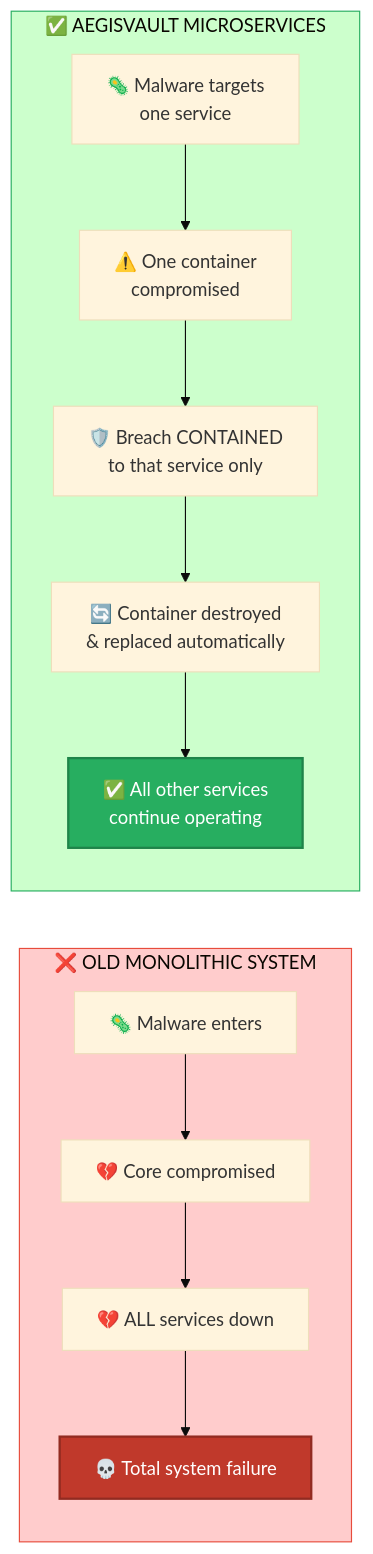
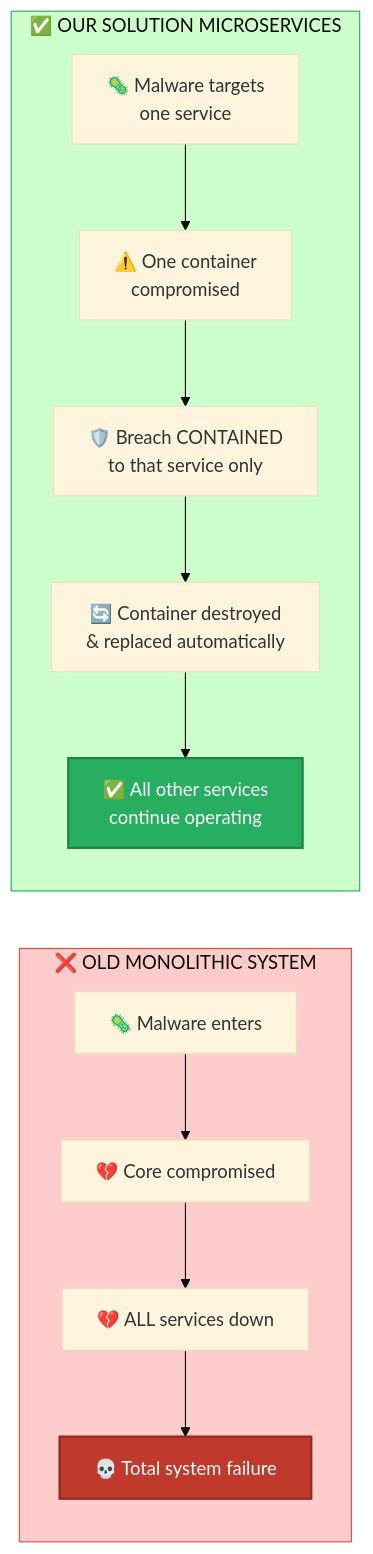
The eighth of 9 diagrams in Docs/system_architecture.md (sandaruns2004/Duthon_6.0_BigBug), drawn with Mermaid (base theme) before and after one commit. The commit also changed other lines of this file and 7 other files, not shown here.

Commit message:
update architecture

````diff
--- a/Docs/system_architecture.md
+++ b/Docs/system_architecture.md
@@ -435,22 +435,22 @@
 ```mermaid
 graph LR
     subgraph OLD["❌ OLD MONOLITHIC SYSTEM"]
         direction TB
         OM["🦠 Malware enters"] --> OC["💔 Core compromised"]
         OC --> OA["💔 ALL services down"]
         OA --> OF["💀 Total system failure"]
     end
     
-    subgraph NEW["✅ AEGISVAULT MICROSERVICES"]
+    subgraph NEW["✅ OUR SOLUTION MICROSERVICES"]
         direction TB
         NM["🦠 Malware targets<br/>one service"] --> NC["⚠️ One container<br/>compromised"]
         NC --> NI["🛡️ Breach CONTAINED<br/>to that service only"]
         NI --> NR["🔄 Container destroyed<br/>& replaced automatically"]
         NR --> NO["✅ All other services<br/>continue operating"]
     end
     
     style OLD fill:#ffcccc,stroke:#e74c3c
     style NEW fill:#ccffcc,stroke:#27ae60
     style OF fill:#c0392b,stroke:#922b21,color:#fff,stroke-width:2px
     style NO fill:#27ae60,stroke:#1e8449,color:#fff,stroke-width:2px
 ```
````
